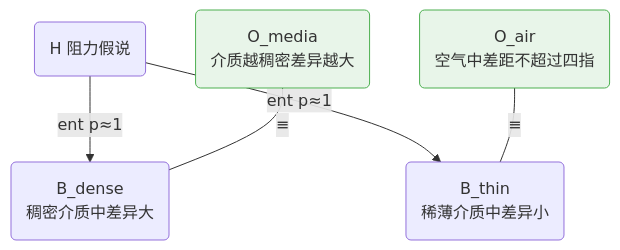
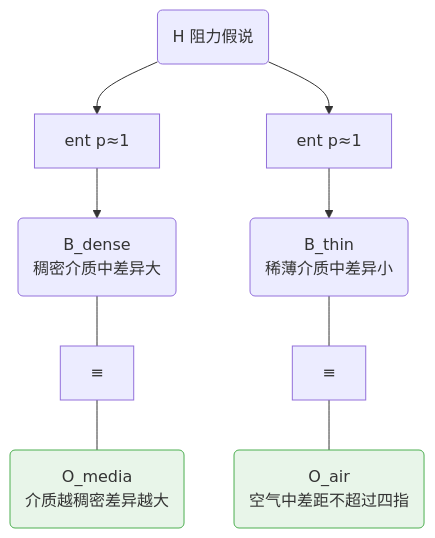
Before and after one commit to SiliconEinstein/Gaia: the sixth of 10 diagrams in docs/foundations/theory/science-formalization.md, drawn with Mermaid. The commit also changed other lines of this file, not shown here.

````diff
--- a/docs/foundations/theory/science-formalization.md
+++ b/docs/foundations/theory/science-formalization.md
@@ -305,9 +306,9 @@
 ```mermaid
 graph TD
-    H("H 阻力假说") -->|"ent p≈1"| Bd("B_dense<br/>稠密介质中差异大")
-    H -->|"ent p≈1"| Bt("B_thin<br/>稀薄介质中差异小")
-    Bpd("O_media<br/>介质越稠密差异越大"):::obs ---|"≡"| Bd
-    Bpt("O_air<br/>空气中差距不超过四指"):::obs ---|"≡"| Bt
+    H("H 阻力假说") --> f1["ent p≈1"] --> Bd("B_dense<br/>稠密介质中差异大")
+    H --> f2["ent p≈1"] --> Bt("B_thin<br/>稀薄介质中差异小")
+    Bd --- eq1["≡"] --- Bpd("O_media<br/>介质越稠密差异越大"):::obs
+    Bt --- eq2["≡"] --- Bpt("O_air<br/>空气中差距不超过四指"):::obs
 
     classDef obs fill:#e8f5e9,stroke:#4caf50
 ```
````
